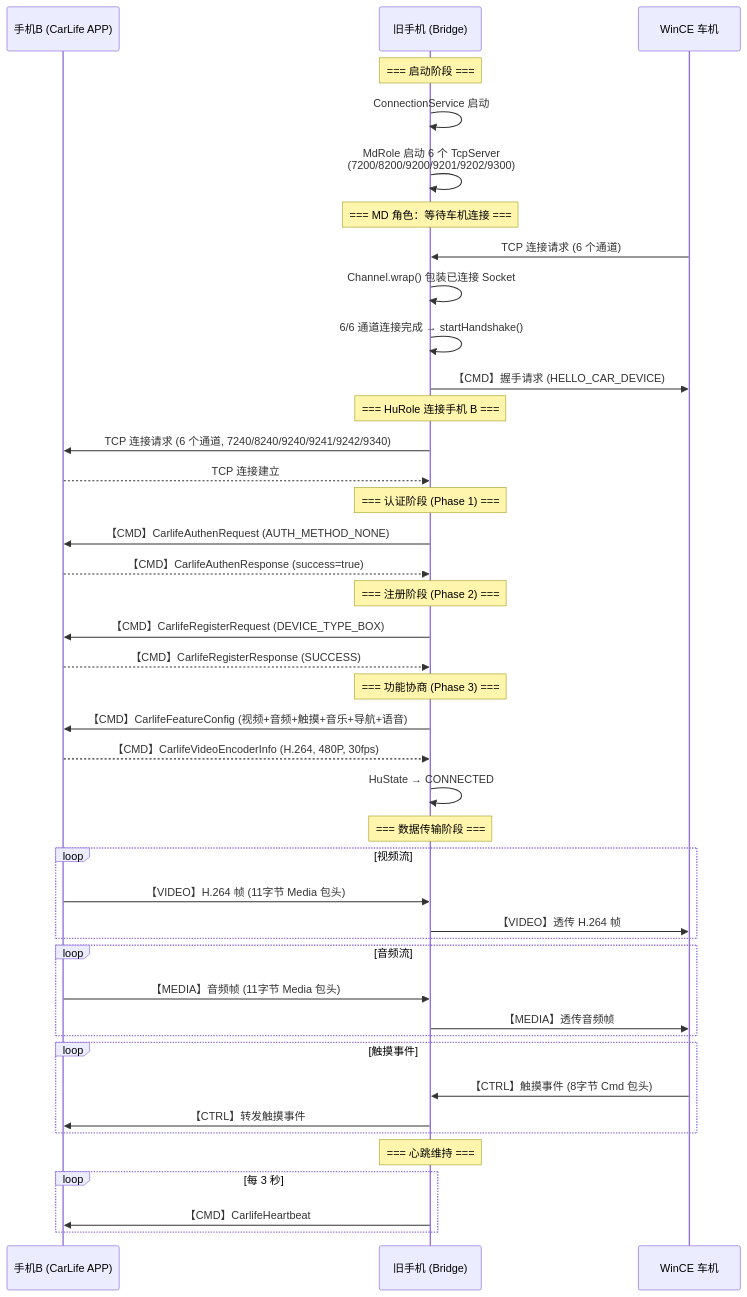
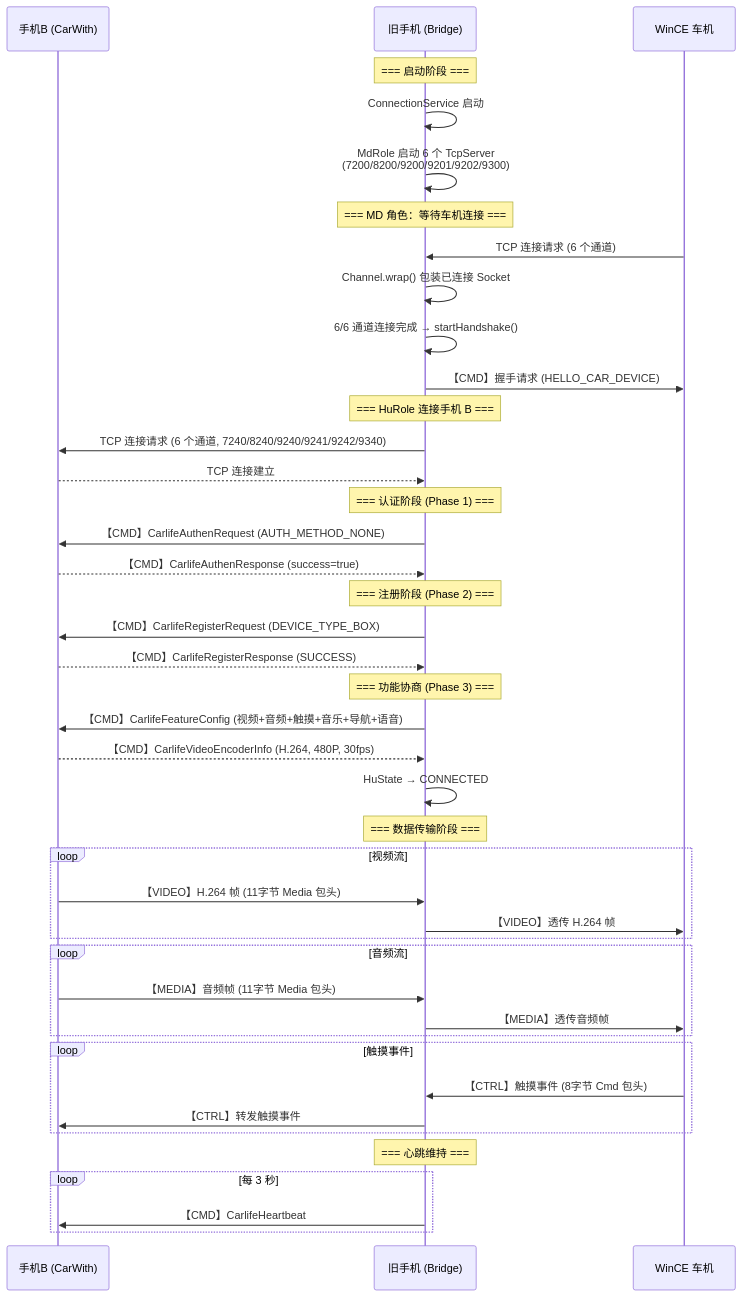
Before and after one commit to pitate7777777/CarLifeWirelessBox: the second of 3 diagrams in docs/ARCHITECTURE.md, drawn with Mermaid. The commit also changed other lines of this file and 3 other files, not shown here.

First line of the commit message:
docs: 手机B端 APP 统一更名为 CarWith

````diff
--- a/docs/ARCHITECTURE.md
+++ b/docs/ARCHITECTURE.md
@@ -184,54 +184,54 @@
 ```mermaid
 sequenceDiagram
-    participant HU as 手机B (CarLife APP)
+    participant HU as 手机B (CarWith)
     participant Bridge as 旧手机 (Bridge)
     participant Car as WinCE 车机
     
     Note over Bridge: === 启动阶段 ===
     Bridge->>Bridge: ConnectionService 启动
     Bridge->>Bridge: MdRole 启动 6 个 TcpServer<br/>(7200/8200/9200/9201/9202/9300)
     
     Note over Bridge: === MD 角色：等待车机连接 ===
     Car->>Bridge: TCP 连接请求 (6 个通道)
     Bridge->>Bridge: Channel.wrap() 包装已连接 Socket
     Bridge->>Bridge: 6/6 通道连接完成 → startHandshake()
     Bridge->>Car: 【CMD】握手请求 (HELLO_CAR_DEVICE)
     
     Note over Bridge: === HuRole 连接手机 B ===
     Bridge->>HU: TCP 连接请求 (6 个通道, 7240/8240/9240/9241/9242/9340)
     HU-->>Bridge: TCP 连接建立
     
     Note over Bridge: === 认证阶段 (Phase 1) ===
     Bridge->>HU: 【CMD】CarlifeAuthenRequest (AUTH_METHOD_NONE)
     HU-->>Bridge: 【CMD】CarlifeAuthenResponse (success=true)
     
     Note over Bridge: === 注册阶段 (Phase 2) ===
     Bridge->>HU: 【CMD】CarlifeRegisterRequest (DEVICE_TYPE_BOX)
     HU-->>Bridge: 【CMD】CarlifeRegisterResponse (SUCCESS)
     
     Note over Bridge: === 功能协商 (Phase 3) ===
     Bridge->>HU: 【CMD】CarlifeFeatureConfig (视频+音频+触摸+音乐+导航+语音)
     HU-->>Bridge: 【CMD】CarlifeVideoEncoderInfo (H.264, 480P, 30fps)
     Bridge->>Bridge: HuState → CONNECTED
     
     Note over Bridge: === 数据传输阶段 ===
     loop 视频流
         HU->>Bridge: 【VIDEO】H.264 帧 (11字节 Media 包头)
         Bridge->>Car: 【VIDEO】透传 H.264 帧
     end
     
     loop 音频流
         HU->>Bridge: 【MEDIA】音频帧 (11字节 Media 包头)
         Bridge->>Car: 【MEDIA】透传音频帧
     end
     
     loop 触摸事件
         Car->>Bridge: 【CTRL】触摸事件 (8字节 Cmd 包头)
         Bridge->>HU: 【CTRL】转发触摸事件
     end
     
     Note over Bridge: === 心跳维持 ===
     loop 每 3 秒
         Bridge->>HU: 【CMD】CarlifeHeartbeat
     end
 ```
````
